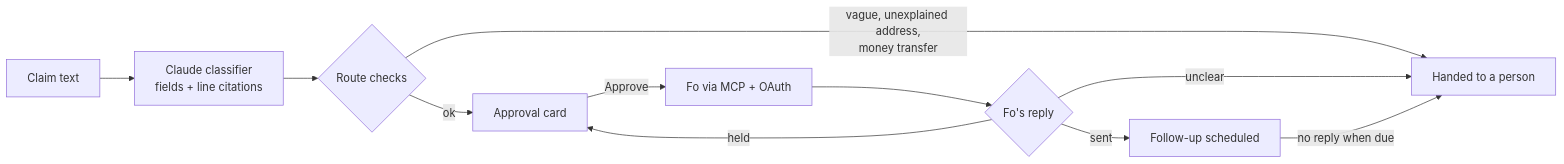
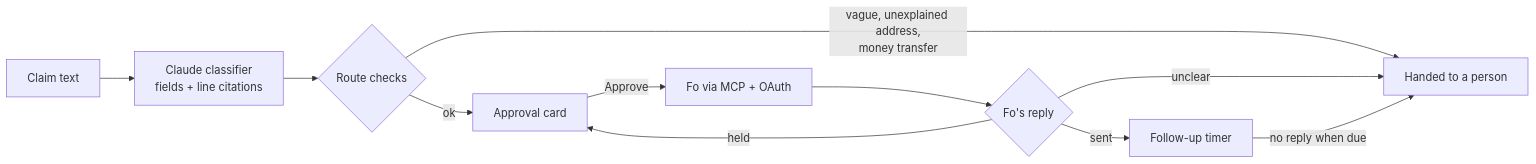
One commit to DHYEY166/fo-claims-agent changed the diagram in README.md. Above: the diagram before and after it, drawn with Mermaid. The commit also changed other lines of this file and 1 other file, not shown here.

Commit message:
docs: restructure README, add demo thumbnail, fix follow-up wording

````diff
--- a/README.md
+++ b/README.md
@@ -28,13 +30,13 @@
 ```mermaid
 flowchart LR
   A[Claim text] --> B[Claude classifier<br/>fields + line citations]
   B --> C{Route checks}
   C -- vague, unexplained address,<br/>money transfer --> H[Handed to a person]
   C -- ok --> D[Approval card]
   D -- Approve --> E[Fo via MCP + OAuth]
   E --> F{Fo's reply}
-  F -- sent --> G[Follow-up scheduled]
+  F -- sent --> G[Follow-up timer]
   F -- held --> D
   F -- unclear --> H
   G -- no reply when due --> H
 ```
````
